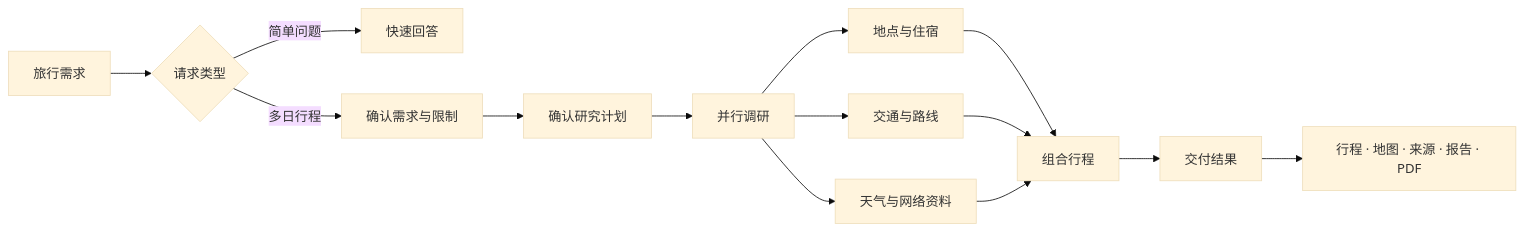
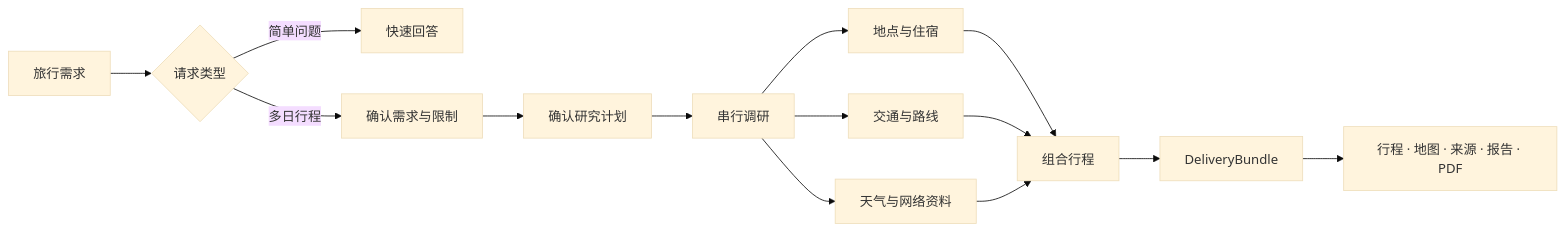
One commit to Lagom-TA/JourneyPilot changed the diagram in README.zh-CN.md. Above: the diagram before and after it, drawn with Mermaid (base theme). The commit also changed other lines of this file and 2 other files, not shown here.

````diff
--- a/README.zh-CN.md
+++ b/README.zh-CN.md
@@ -196,16 +119,16 @@
 ```mermaid
 flowchart LR
     Brief["旅行需求"] --> Route{"请求类型"}
     Route -->|简单问题| Fast["快速回答"]
     Route -->|多日行程| Clarify["确认需求与限制"]
     Clarify --> Approve["确认研究计划"]
-    Approve --> Research["并行调研"]
+    Approve --> Research["串行调研"]
     Research --> Places["地点与住宿"]
     Research --> Transport["交通与路线"]
     Research --> Context["天气与网络资料"]
     Places --> Compose["组合行程"]
     Transport --> Compose
     Context --> Compose
-    Compose --> Delivery["交付结果"]
+    Compose --> Delivery["DeliveryBundle"]
     Delivery --> Workspace["行程 · 地图 · 来源 · 报告 · PDF"]
 ```
````
